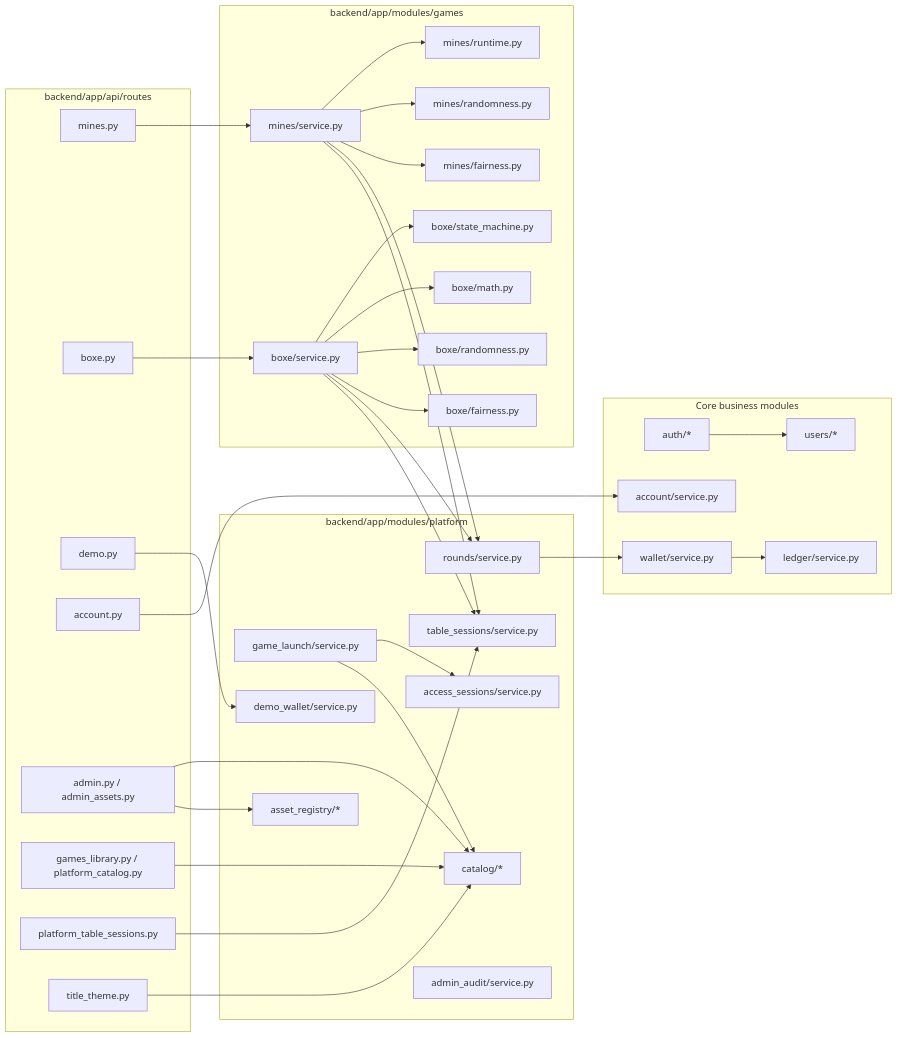
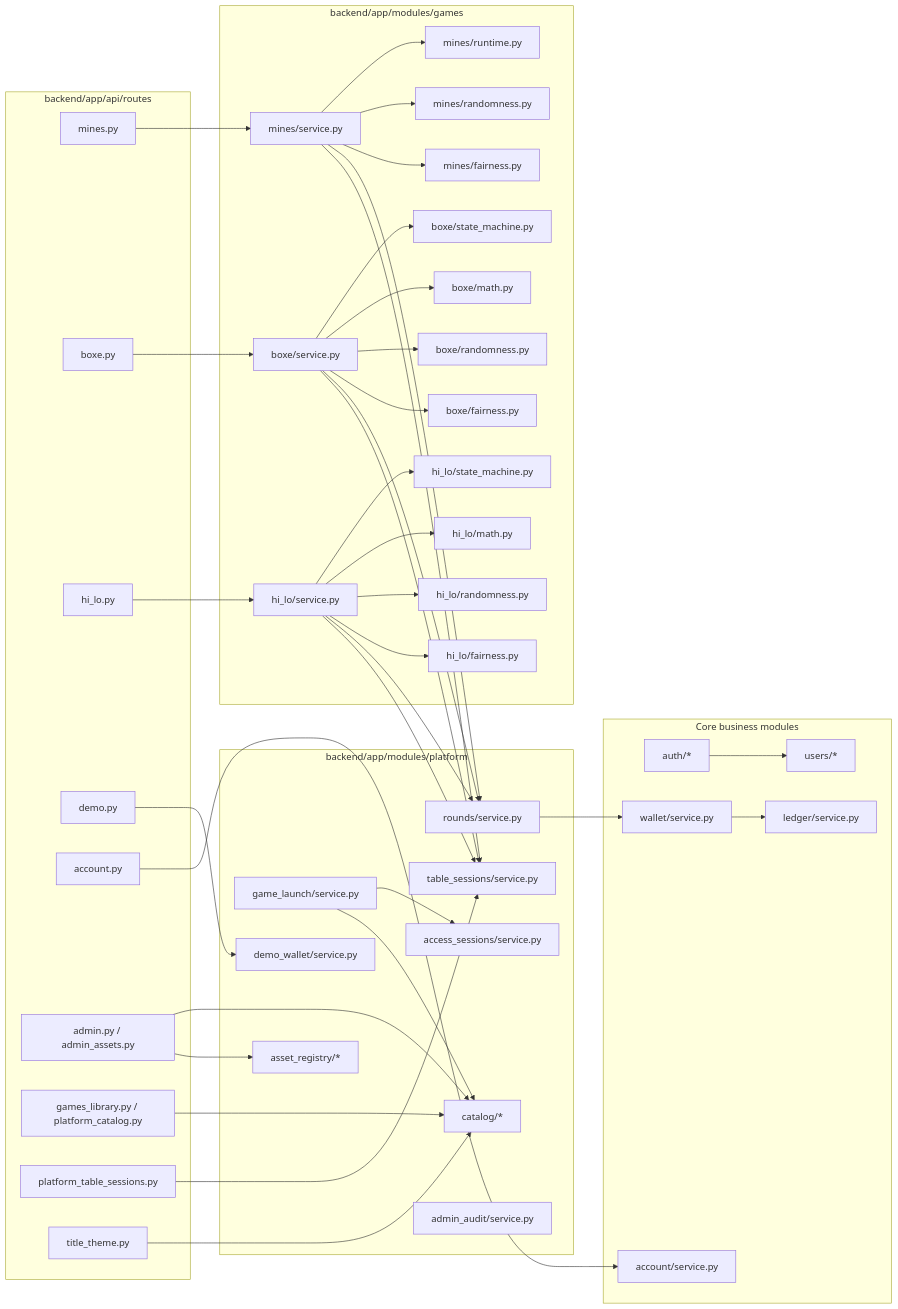
One commit to moromike/casinoking-platform changed the fourth of 11 diagrams in docs/CODE_ARCHITECTURE_MERMAID_MAP_2026-05-22.md. Above: the diagram before and after it, drawn with Mermaid. The commit also changed other lines of this file and 17 other files, not shown here.

```diff
--- a/docs/CODE_ARCHITECTURE_MERMAID_MAP_2026-05-22.md
+++ b/docs/CODE_ARCHITECTURE_MERMAID_MAP_2026-05-22.md
@@ -159,6 +183,7 @@
   subgraph APIRoutes["backend/app/api/routes"]
     MinesRoute["mines.py"]
     BoxeRoute["boxe.py"]
+    HiLoRoute["hi_lo.py"]
     DemoRoute["demo.py"]
     AccountRoute["account.py"]
     AdminRoute["admin.py / admin_assets.py"]
@@ -178,6 +203,12 @@
     BoxeMath["boxe/math.py"]
     BoxeRandom["boxe/randomness.py"]
     BoxeFairness["boxe/fairness.py"]
+
+    HiLoService["hi_lo/service.py"]
+    HiLoState["hi_lo/state_machine.py"]
+    HiLoMath["hi_lo/math.py"]
+    HiLoRandom["hi_lo/randomness.py"]
+    HiLoFairness["hi_lo/fairness.py"]
   end
 
   subgraph Platform["backend/app/modules/platform"]
@@ -201,6 +232,7 @@
 
   MinesRoute --> MinesService
   BoxeRoute --> BoxeService
+  HiLoRoute --> HiLoService
   DemoRoute --> DemoWallet
   AccountRoute --> Account
   AdminRoute --> Catalog
@@ -222,6 +254,13 @@
   BoxeService --> Rounds
   BoxeService --> TableSessions
 
+  HiLoService --> HiLoState
+  HiLoService --> HiLoMath
+  HiLoService --> HiLoRandom
+  HiLoService --> HiLoFairness
+  HiLoService --> Rounds
+  HiLoService --> TableSessions
+
   Launch --> Access
   Launch --> Catalog
   Rounds --> Wallet
```
